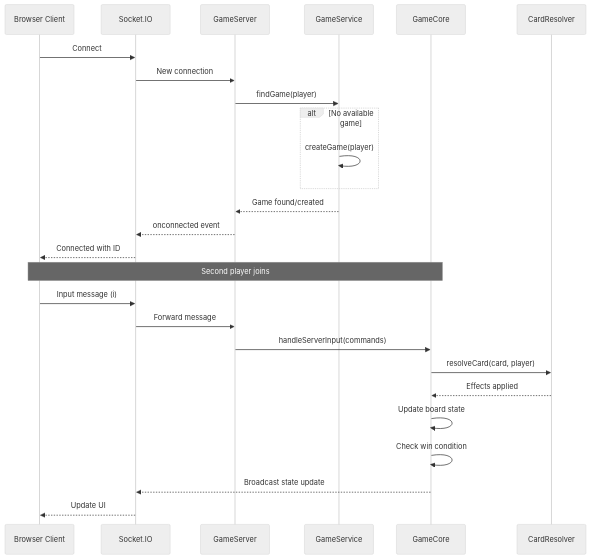
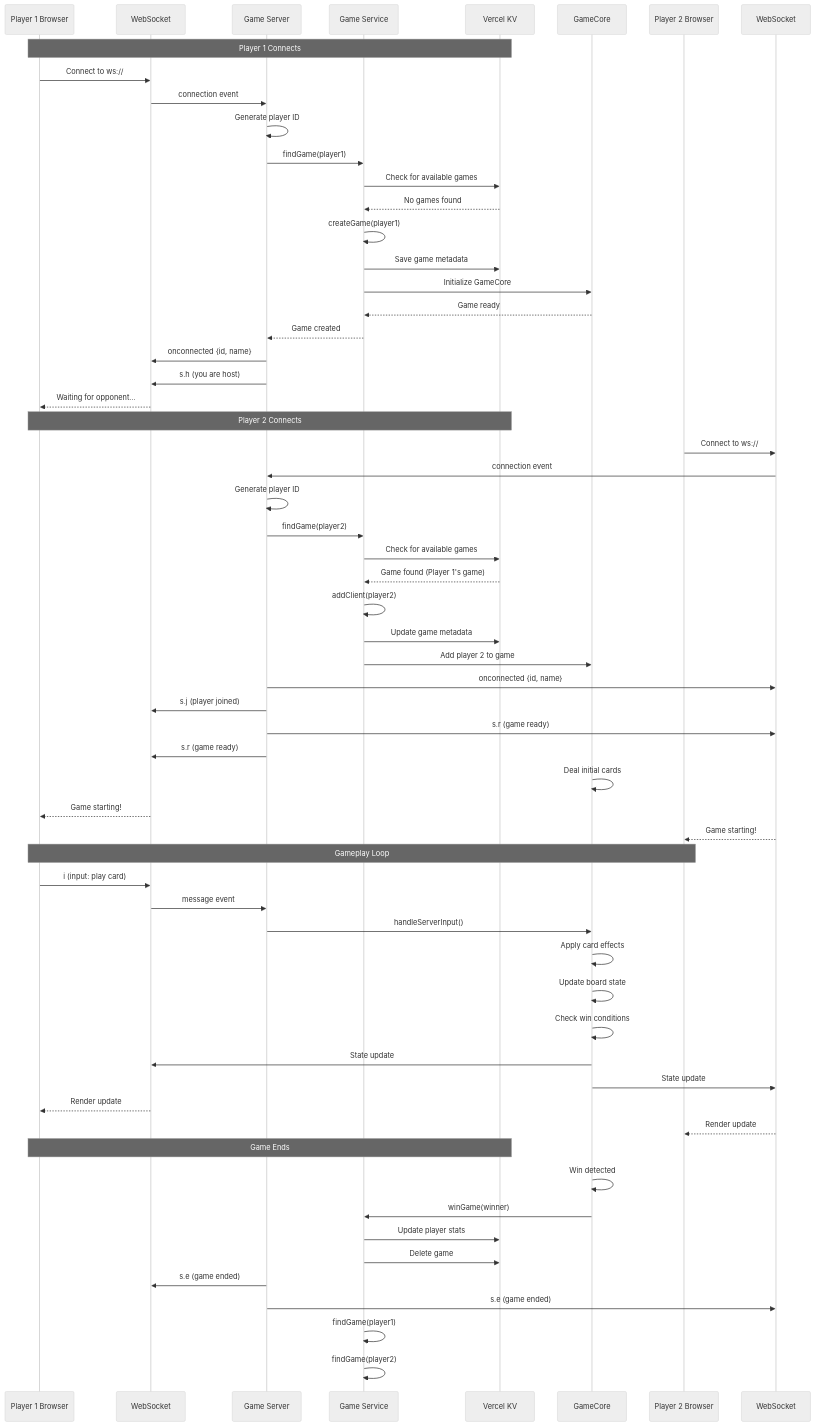
Before and after one commit to mcclowes/knights-and-crosses: the second of 8 diagrams in ARCHITECTURE.md, drawn with Mermaid (neutral theme). The commit also changed other lines of this file, not shown here.

````diff
--- a/ARCHITECTURE.md
+++ b/ARCHITECTURE.md
@@ -107,33 +121,67 @@
 ```mermaid
 sequenceDiagram
-    participant Client as Browser Client
-    participant Socket as Socket.IO
-    participant Server as GameServer
-    participant Service as GameService
+    participant P1 as Player 1 Browser
+    participant WS1 as WebSocket
+    participant Server as Game Server
+    participant Service as Game Service
+    participant Redis as Vercel KV
     participant Core as GameCore
-    participant Cards as CardResolver
+    participant P2 as Player 2 Browser
+    participant WS2 as WebSocket
 
-    Client->>Socket: Connect
-    Socket->>Server: New connection
-    Server->>Service: findGame(player)
+    Note over P1,Redis: Player 1 Connects
+    P1->>WS1: Connect to ws://
+    WS1->>Server: connection event
+    Server->>Server: Generate player ID
+    Server->>Service: findGame(player1)
+    Service->>Redis: Check for available games
+    Redis-->>Service: No games found
+    Service->>Service: createGame(player1)
+    Service->>Redis: Save game metadata
+    Service->>Core: Initialize GameCore
+    Core-->>Service: Game ready
+    Service-->>Server: Game created
+    Server->>WS1: onconnected {id, name}
+    Server->>WS1: s.h (you are host)
+    WS1-->>P1: Waiting for opponent...
 
-    alt No available game
-        Service->>Service: createGame(player)
-    end
+    Note over P1,Redis: Player 2 Connects
+    P2->>WS2: Connect to ws://
+    WS2->>Server: connection event
+    Server->>Server: Generate player ID
+    Server->>Service: findGame(player2)
+    Service->>Redis: Check for available games
+    Redis-->>Service: Game found (Player 1's game)
+    Service->>Service: addClient(player2)
+    Service->>Redis: Update game metadata
+    Service->>Core: Add player 2 to game
+    Server->>WS2: onconnected {id, name}
+    Server->>WS1: s.j (player joined)
+    Server->>WS2: s.r (game ready)
+    Server->>WS1: s.r (game ready)
+    Core->>Core: Deal initial cards
+    WS1-->>P1: Game starting!
+    WS2-->>P2: Game starting!
 
-    Service-->>Server: Game found/created
-    Server-->>Socket: onconnected event
-    Socket-->>Client: Connected with ID
+    Note over P1,P2: Gameplay Loop
+    P1->>WS1: i (input: play card)
+    WS1->>Server: message event
+    Server->>Core: handleServerInput()
+    Core->>Core: Apply card effects
+    Core->>Core: Update board state
+    Core->>Core: Check win conditions
+    Core->>WS1: State update
+    Core->>WS2: State update
+    WS1-->>P1: Render update
+    WS2-->>P2: Render update
 
-    Note over Client,Core: Second player joins
-
-    Client->>Socket: Input message (i)
-    Socket->>Server: Forward message
-    Server->>Core: handleServerInput(commands)
-    Core->>Cards: resolveCard(card, player)
-    Cards-->>Core: Effects applied
-    Core->>Core: Update board state
-    Core->>Core: Check win condition
-    Core-->>Socket: Broadcast state update
-    Socket-->>Client: Update UI
+    Note over P1,Redis: Game Ends
+    Core->>Core: Win detected
+    Core->>Service: winGame(winner)
+    Service->>Redis: Update player stats
+    Service->>Redis: Delete game
+    Server->>WS1: s.e (game ended)
+    Server->>WS2: s.e (game ended)
+    Service->>Service: findGame(player1)
+    Service->>Service: findGame(player2)
 ```
````
